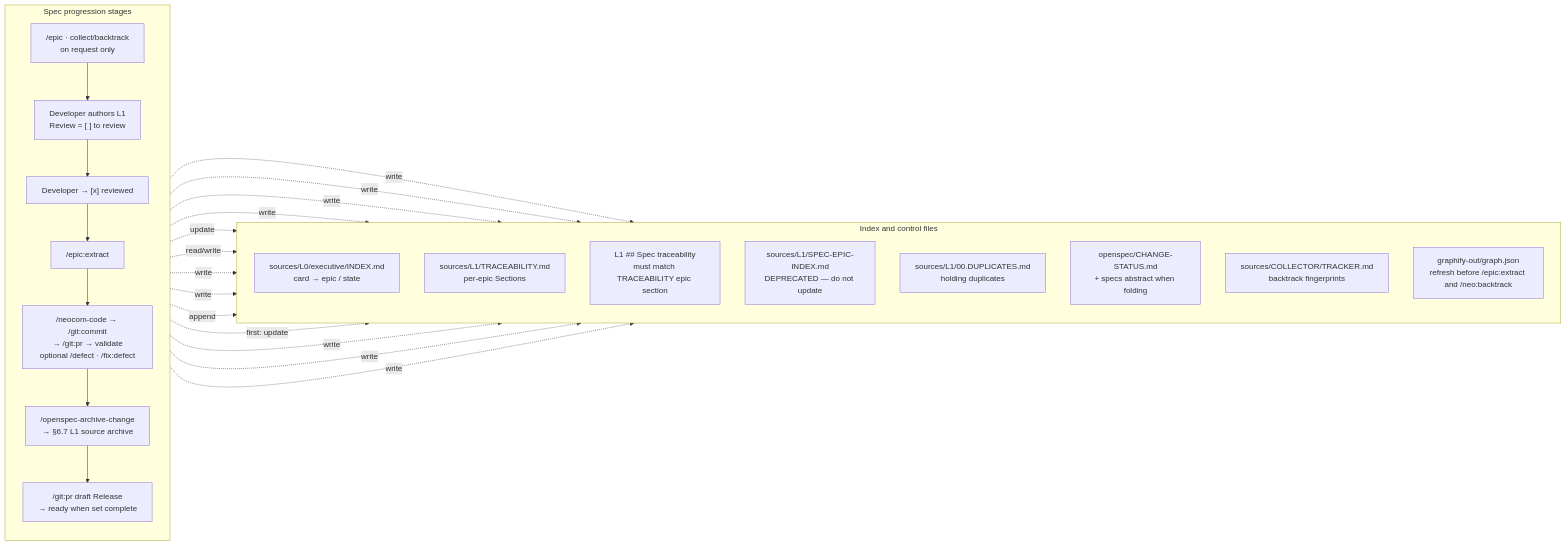
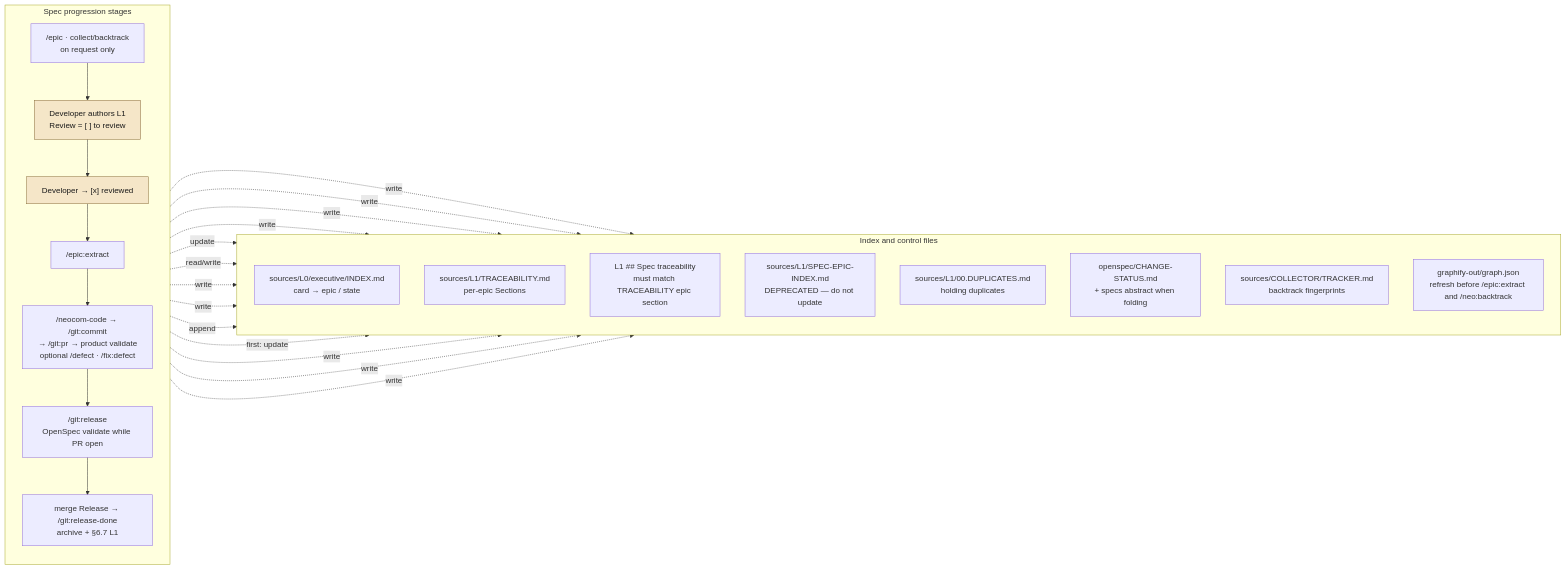
Before and after one commit to AdamAntinoo/neocom-meta: the second of 9 diagrams in .dsh/METHODOLOGY.md, drawn with Mermaid. The commit also changed other lines of this file and 15 other files, not shown here.

First line of the commit message:
feat(meta): add /git:release flow and archive validated defects

````diff
--- a/.dsh/METHODOLOGY.md
+++ b/.dsh/METHODOLOGY.md
@@ -64,42 +68,44 @@
 ```mermaid
 flowchart LR
   subgraph stages["Spec progression stages"]
     direction TB
     S0["/epic · collect/backtrack<br/>on request only"]
-    S1["Developer authors L1<br/>Review = [ ] to review"]
-    S2["Developer → [x] reviewed"]
+    S1["Developer authors L1<br/>Review = [ ] to review"]:::manual
+    S2["Developer → [x] reviewed"]:::manual
     S3["/epic:extract"]
-    S5["/neocom-code → /git:commit<br/>→ /git:pr → validate<br/>optional /defect · /fix:defect"]
-    S6["/openspec-archive-change<br/>→ §6.7 L1 source archive"]
-    S7["/git:pr draft Release<br/>→ ready when set complete"]
+    S5["/neocom-code → /git:commit<br/>→ /git:pr → product validate<br/>optional /defect · /fix:defect"]
+    S6["/git:release<br/>OpenSpec validate while PR open"]
+    S7["merge Release → /git:release-done<br/>archive + §6.7 L1"]
     S0 --> S1 --> S2 --> S3 --> S5 --> S6 --> S7
   end
 
   subgraph controls["Index and control files"]
     direction TB
     L0idx["sources/L0/executive/INDEX.md<br/>card → epic / state"]
     TRidx["sources/L1/TRACEABILITY.md<br/>per-epic Sections"]
     SpcHdr["L1 ## Spec traceability<br/>must match TRACEABILITY epic section"]
     SpecIdx["sources/L1/SPEC-EPIC-INDEX.md<br/>DEPRECATED — do not update"]
     Dup["sources/L1/00.DUPLICATES.md<br/>holding duplicates"]
     CSchg["openspec/CHANGE-STATUS.md<br/>+ specs abstract when folding"]
     ColTrk["sources/COLLECTOR/TRACKER.md<br/>backtrack fingerprints"]
     Gfy["graphify-out/graph.json<br/>refresh before /epic:extract and /neo:backtrack"]
   end
 
   S0 -. write .-> L0idx
   S0 -. write .-> TRidx
   S0 -. write .-> SpcHdr
   S0 -. write .-> ColTrk
   S0 -. update .-> Gfy
 
   S3 -. read/write .-> TRidx
   S3 -. write .-> SpcHdr
   S3 -. write .-> CSchg
   S3 -. append .-> Dup
   S3 -. first: update .-> Gfy
 
   S5 -. write .-> TRidx
   S5 -. write .-> SpcHdr
   S5 -. write .-> CSchg
+
+  classDef manual fill:#f5e6c8,stroke:#8a6d3b,color:#1a1a1a
 ```
````
